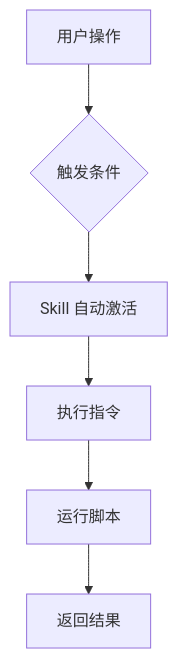
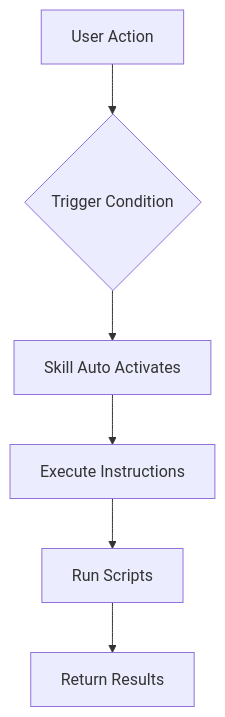
One commit to DDR187/cursor-howto changed the diagram in 09-skills/README.md. Above: the diagram before and after it, drawn with Mermaid. The commit also changed other lines of this file and 22 other files, not shown here.

````diff
--- a/09-skills/README.md
+++ b/09-skills/README.md
@@ -26,8 +26,8 @@
 ```mermaid
 flowchart TB
-    A[用户操作] --> B{触发条件}
-    B --> C[Skill 自动激活]
-    C --> D[执行指令]
-    D --> E[运行脚本]
-    E --> F[返回结果]
+    A[User Action] --> B{Trigger Condition}
+    B --> C[Skill Auto Activates]
+    C --> D[Execute Instructions]
+    D --> E[Run Scripts]
+    E --> F[Return Results]
 ```
````
